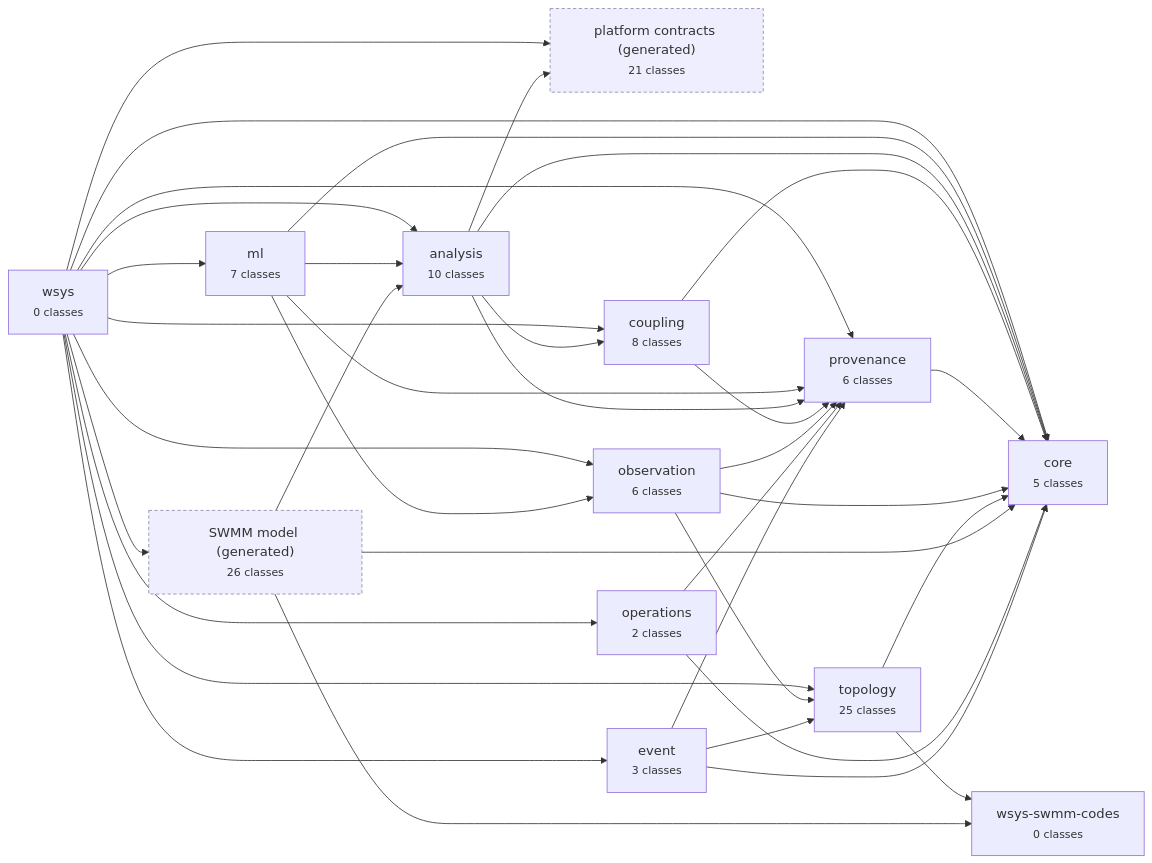
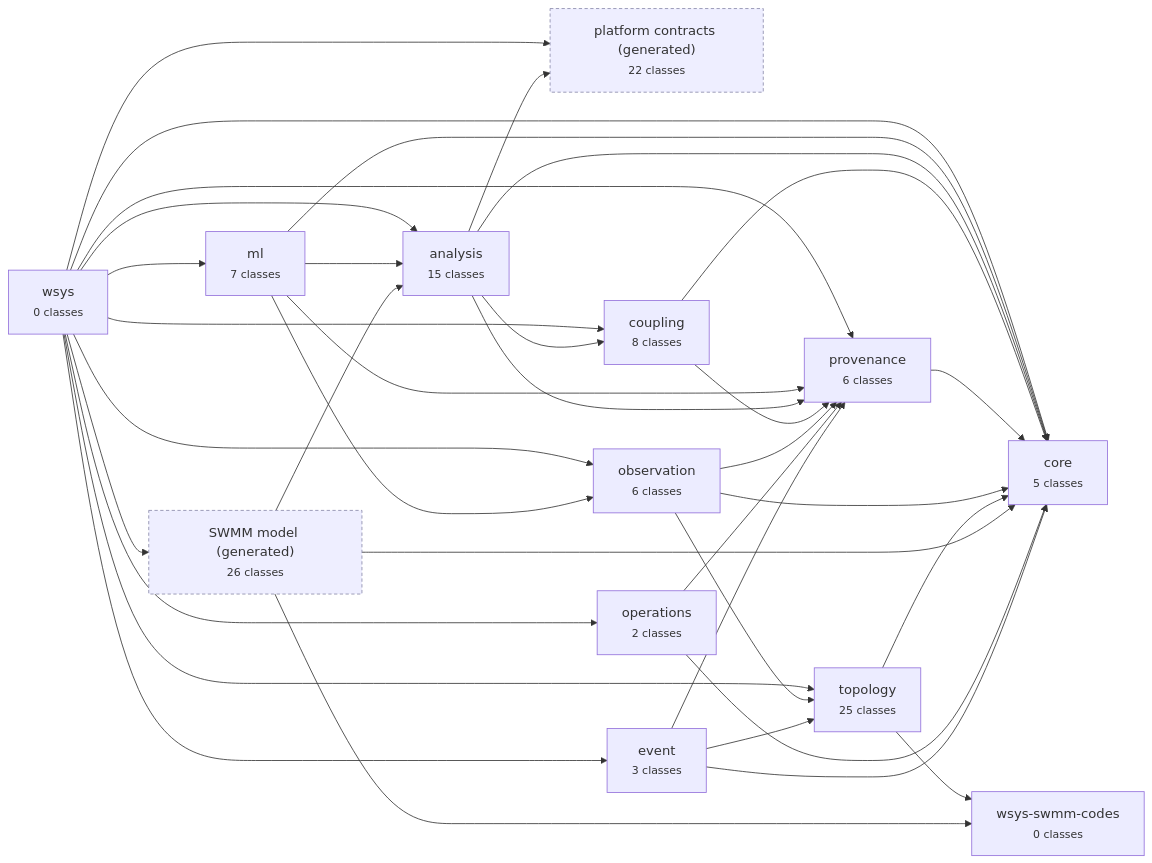
Before and after one commit to HydroCouple/water-ontology: the diagram in docs/diagrams/modules.md, drawn with Mermaid. The commit also changed 34 other files, not shown here.

````diff
--- a/docs/diagrams/modules.md
+++ b/docs/diagrams/modules.md
@@ -5,52 +5,52 @@
 ```mermaid
 flowchart LR
   wsys["wsys<br/><small>0 classes</small>"]
   wsys_ml["ml<br/><small>7 classes</small>"]
-  wsys_analysis["analysis<br/><small>10 classes</small>"]
-  wsys_analysis_platform["platform contracts (generated)<br/><small>21 classes</small>"]:::gen
+  wsys_analysis["analysis<br/><small>15 classes</small>"]
+  wsys_analysis_platform["platform contracts (generated)<br/><small>22 classes</small>"]:::gen
   wsys_coupling["coupling<br/><small>8 classes</small>"]
   wsys_provenance["provenance<br/><small>6 classes</small>"]
   wsys_core["core<br/><small>5 classes</small>"]
   wsys_observation["observation<br/><small>6 classes</small>"]
   wsys_topology["topology<br/><small>25 classes</small>"]
   wsys_swmm_codes["wsys-swmm-codes<br/><small>0 classes</small>"]
   wsys_model["SWMM model (generated)<br/><small>26 classes</small>"]:::gen
   wsys_operations["operations<br/><small>2 classes</small>"]
   wsys_event["event<br/><small>3 classes</small>"]
   wsys --> wsys_core
   wsys --> wsys_provenance
   wsys --> wsys_topology
   wsys --> wsys_observation
   wsys --> wsys_event
   wsys --> wsys_operations
   wsys --> wsys_coupling
   wsys --> wsys_analysis_platform
   wsys --> wsys_analysis
   wsys --> wsys_model
   wsys --> wsys_ml
   wsys_ml --> wsys_core
   wsys_ml --> wsys_provenance
   wsys_ml --> wsys_observation
   wsys_ml --> wsys_analysis
   wsys_analysis --> wsys_core
   wsys_analysis --> wsys_provenance
   wsys_analysis --> wsys_coupling
   wsys_analysis --> wsys_analysis_platform
   wsys_coupling --> wsys_core
   wsys_coupling --> wsys_provenance
   wsys_provenance --> wsys_core
   wsys_observation --> wsys_core
   wsys_observation --> wsys_provenance
   wsys_observation --> wsys_topology
   wsys_topology --> wsys_core
   wsys_topology --> wsys_swmm_codes
   wsys_model --> wsys_core
   wsys_model --> wsys_analysis
   wsys_model --> wsys_swmm_codes
   wsys_operations --> wsys_core
   wsys_operations --> wsys_provenance
   wsys_event --> wsys_core
   wsys_event --> wsys_provenance
   wsys_event --> wsys_topology
   classDef gen fill:#eef,stroke:#88a,stroke-dasharray: 4 3;
 ```
````
